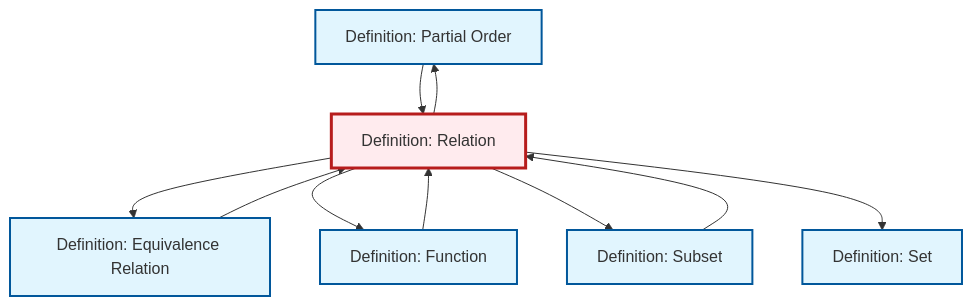
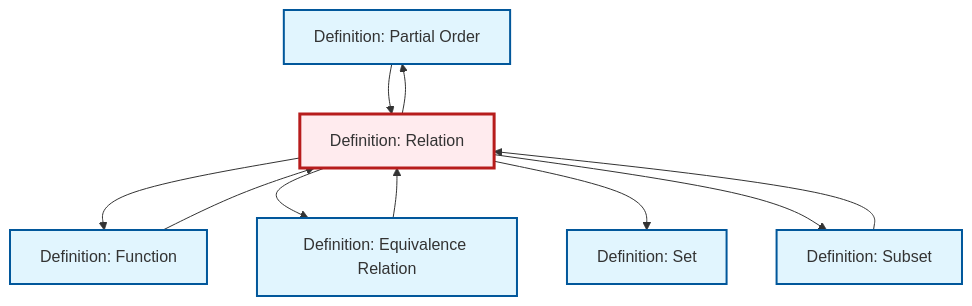
One commit to RK0429/ModernMath changed the diagram in content/en/logic-set-theory/def-relation.qmd. Above: the diagram before and after it, drawn with Mermaid. The commit also changed other lines of this file and 328 other files, not shown here.

````diff
--- a/content/en/logic-set-theory/def-relation.qmd
+++ b/content/en/logic-set-theory/def-relation.qmd
@@ -90,30 +90,30 @@
 ```{mermaid}
 %%| fig-cap: "Local dependency graph"
 graph TD
     classDef definition fill:#e1f5fe,stroke:#01579b,stroke-width:2px
     classDef theorem fill:#f3e5f5,stroke:#4a148c,stroke-width:2px
     classDef axiom fill:#fff3e0,stroke:#e65100,stroke-width:2px
     classDef example fill:#e8f5e9,stroke:#1b5e20,stroke-width:2px
     classDef current fill:#ffebee,stroke:#b71c1c,stroke-width:3px
-    def-set["Definition: Set"]:::definition
     def-partial-order["Definition: Partial Order"]:::definition
     def-function["Definition: Function"]:::definition
+    def-set["Definition: Set"]:::definition
+    def-relation["Definition: Relation"]:::definition
     def-subset["Definition: Subset"]:::definition
     def-equivalence-relation["Definition: Equivalence Relation"]:::definition
-    def-relation["Definition: Relation"]:::definition
+    def-relation --> def-function
+    def-subset --> def-relation
+    def-equivalence-relation --> def-relation
+    def-function --> def-relation
+    def-relation --> def-partial-order
     def-relation --> def-equivalence-relation
-    def-equivalence-relation --> def-relation
-    def-relation --> def-function
+    def-relation --> def-set
+    def-partial-order --> def-relation
     def-relation --> def-subset
-    def-relation --> def-partial-order
-    def-relation --> def-set
-    def-subset --> def-relation
-    def-partial-order --> def-relation
-    def-function --> def-relation
     class def-relation current
-    click def-set "def-set.html" "Go to Set definition"
     click def-partial-order "def-partial-order.html" "Go to Partial Order definition"
     click def-function "def-function.html" "Go to Function definition"
+    click def-set "def-set.html" "Go to Set definition"
     click def-subset "def-subset.html" "Go to Subset definition"
     click def-equivalence-relation "def-equivalence-relation.html" "Go to Equivalence Relation definition"
 ```
````
